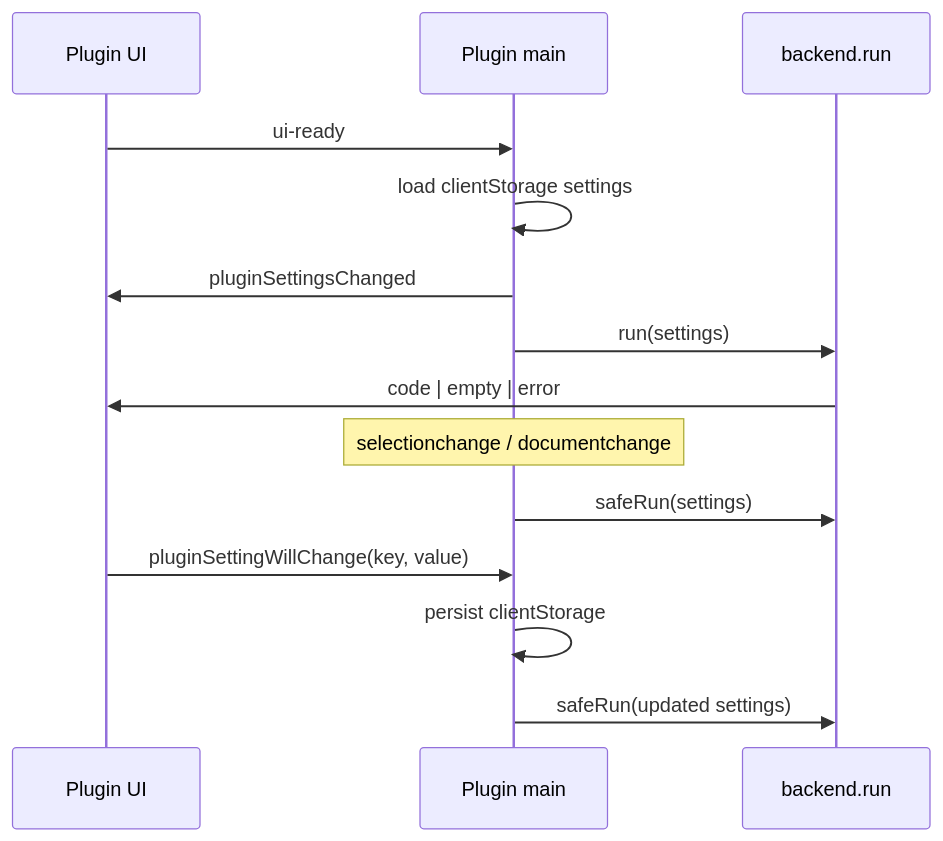
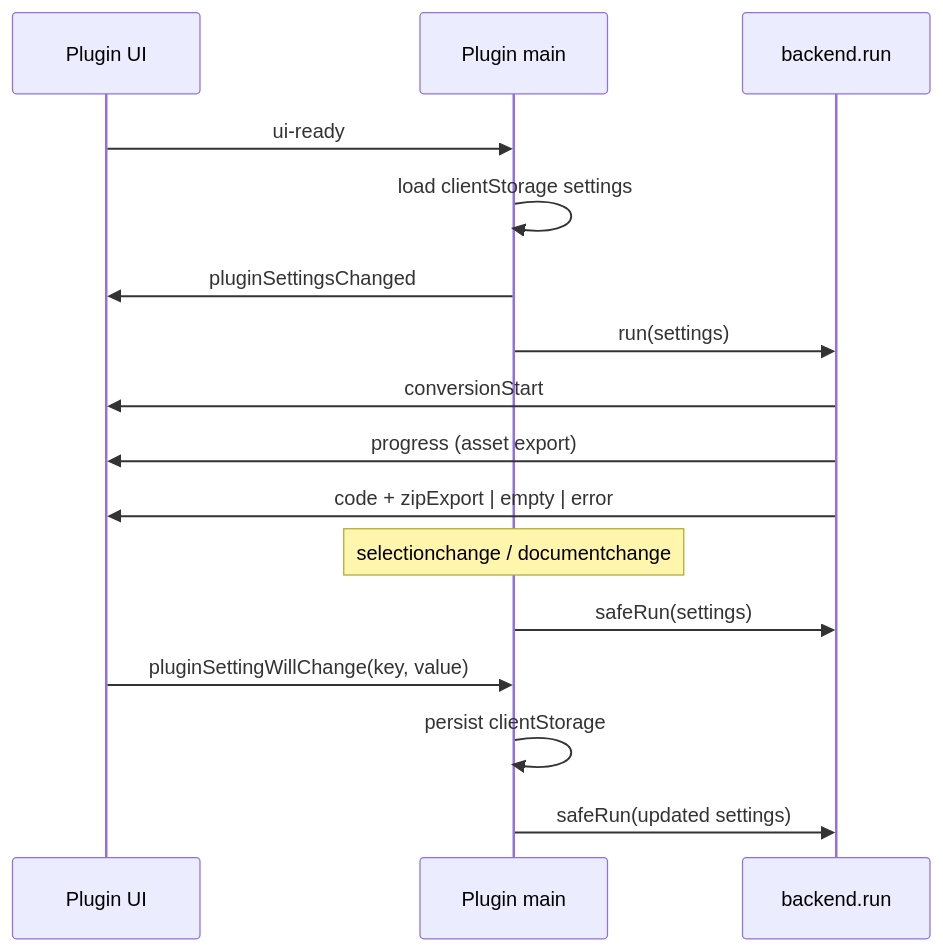
One commit to CodeByStella/FIGMA2CODE changed the sixth of 9 diagrams in docs/logic.md. Above: the diagram before and after it, drawn with Mermaid. The commit also changed other lines of this file and 72 other files, not shown here.

First line of the commit message:
Add ZIP asset export and drop live HTML preview

````diff
--- a/docs/logic.md
+++ b/docs/logic.md
@@ -178,19 +181,21 @@
 ```mermaid
 sequenceDiagram
   participant UI as Plugin UI
   participant Main as Plugin main
   participant Backend as backend.run
 
   UI->>Main: ui-ready
   Main->>Main: load clientStorage settings
   Main->>UI: pluginSettingsChanged
   Main->>Backend: run(settings)
-  Backend->>UI: code | empty | error
+  Backend->>UI: conversionStart
+  Backend->>UI: progress (asset export)
+  Backend->>UI: code + zipExport | empty | error
 
   Note over Main: selectionchange / documentchange
   Main->>Backend: safeRun(settings)
 
   UI->>Main: pluginSettingWillChange(key, value)
   Main->>Main: persist clientStorage
   Main->>Backend: safeRun(updated settings)
 ```
````
